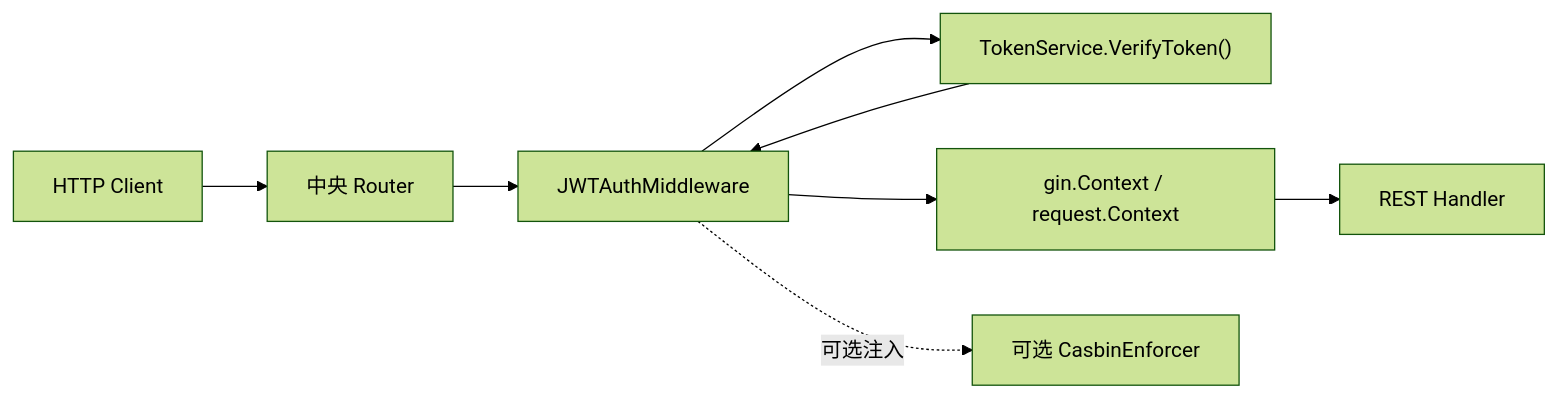
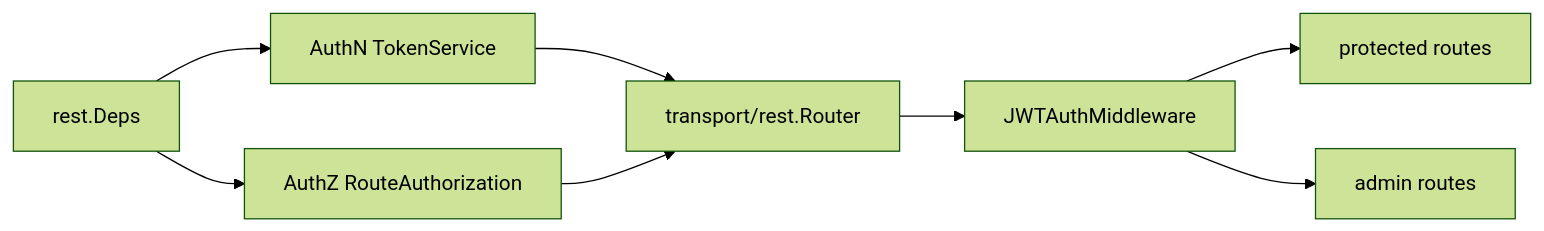
One commit to FangcunMount/iam changed the second of 6 diagrams in docs/01-运行时/03-HTTP认证中间件与身份上下文.md. Above: the diagram before and after it, drawn with Mermaid (forest theme). The commit also changed other lines of this file and 61 other files, not shown here.

````diff
--- a/docs/01-运行时/03-HTTP认证中间件与身份上下文.md
+++ b/docs/01-运行时/03-HTTP认证中间件与身份上下文.md
@@ -42,17 +58,18 @@
 ```mermaid
 flowchart LR
-    Client["HTTP Client"]
-    Router["中央 Router"]
+    RESTDeps["rest.Deps"]
+    AuthN["AuthN TokenService"]
+    AuthZ["AuthZ RouteAuthorization"]
+    Router["transport/rest.Router"]
     Middleware["JWTAuthMiddleware"]
-    Verify["TokenService.VerifyToken()"]
-    Context["gin.Context / request.Context"]
-    Handler["REST Handler"]
-    Casbin["可选 CasbinEnforcer"]
+    ProtectedRoutes["protected routes"]
+    AdminRoutes["admin routes"]
 
-    Client --> Router --> Middleware
-    Middleware --> Verify
-    Verify --> Middleware
-    Middleware --> Context
-    Context --> Handler
-    Middleware -.可选注入.-> Casbin
+    RESTDeps --> AuthN
+    RESTDeps --> AuthZ
+    AuthN --> Router
+    AuthZ --> Router
+    Router --> Middleware
+    Middleware --> ProtectedRoutes
+    Middleware --> AdminRoutes
 ```
````
